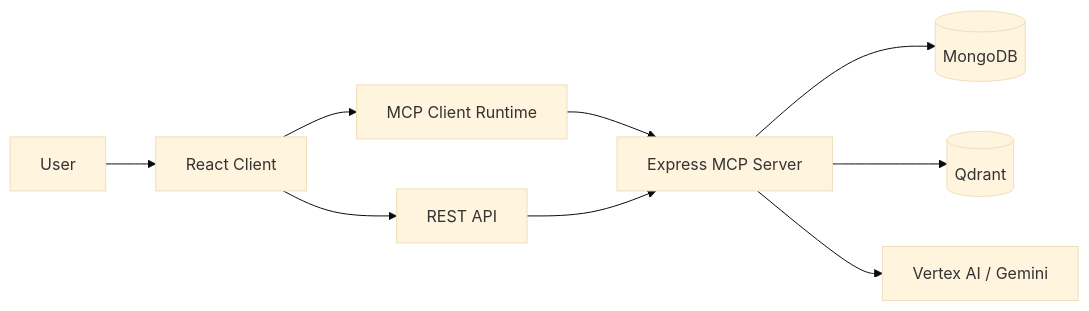
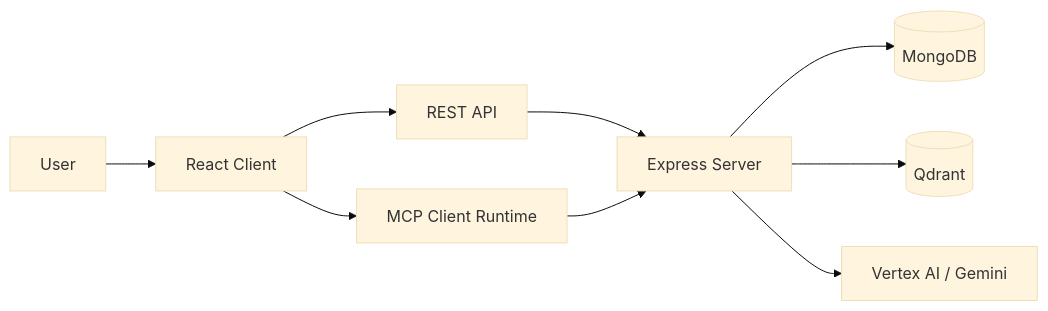
The diagram in README.md (JOVAN-MAKSIMOSKI/athly), drawn with Mermaid (base theme) before and after one commit. The commit also changed other lines of this file, not shown here.

````diff
--- a/README.md
+++ b/README.md
@@ -22,11 +29,11 @@
 ```mermaid
 flowchart LR
     U[User] --> FE[React Client]
+    FE --> REST[REST API]
     FE --> MCP[MCP Client Runtime]
-    FE --> REST[REST API]
-    MCP --> API[Express MCP Server]
-    REST --> API
-    API --> DB[(MongoDB)]
-    API --> Q[(Qdrant)]
-    API --> LLM[Vertex AI / Gemini]
+    REST --> BE[Express Server]
+    MCP --> BE
+    BE --> DB[(MongoDB)]
+    BE --> Q[(Qdrant)]
+    BE --> AI[Vertex AI / Gemini]
 ```
````
